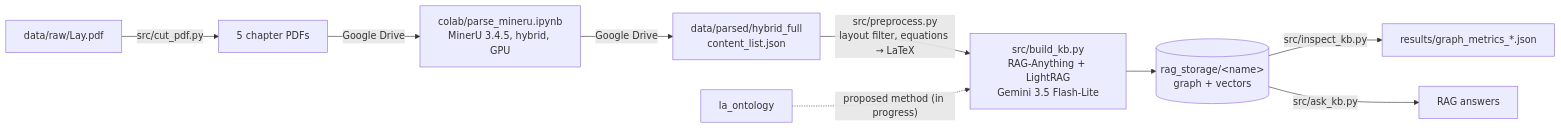
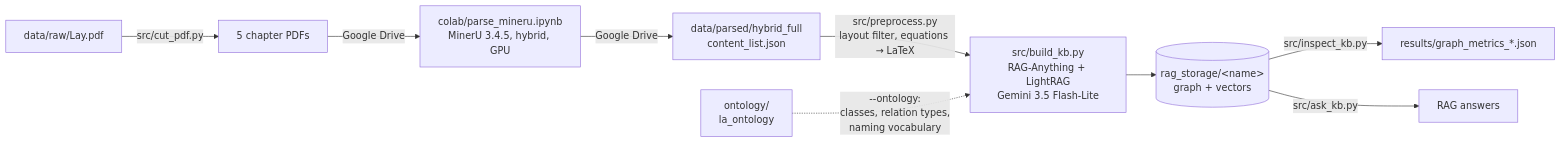
The diagram in README.md (sophiakoroliova/thesis-graphrag), drawn with Mermaid before and after one commit. The commit also changed other lines of this file and 13 other files, not shown here.

Commit message:
Add ontology-guided extraction method

````diff
--- a/README.md
+++ b/README.md
@@ -10,11 +10,11 @@
 ```mermaid
 flowchart LR
     A["data/raw/Lay.pdf"] -->|"src/cut_pdf.py"| B["5 chapter PDFs"]
     B -->|"Google Drive"| C["colab/parse_mineru.ipynb<br/>MinerU 3.4.5, hybrid, GPU"]
     C -->|"Google Drive"| D["data/parsed/hybrid_full<br/>content_list.json"]
     D -->|"src/preprocess.py<br/>layout filter, equations → LaTeX"| E["src/build_kb.py<br/>RAG-Anything + LightRAG<br/>Gemini 3.5 Flash-Lite"]
     E --> F[("rag_storage/&lt;name&gt;<br/>graph + vectors")]
     F -->|"src/inspect_kb.py"| G["results/graph_metrics_*.json"]
     F -->|"src/ask_kb.py"| H["RAG answers"]
-    O["la_ontology"] -.->|"proposed method (in progress)"| E
+    O["ontology/<br/>la_ontology"] -.->|"--ontology:<br/>classes, relation types,<br/>naming vocabulary"| E
 ```
````
